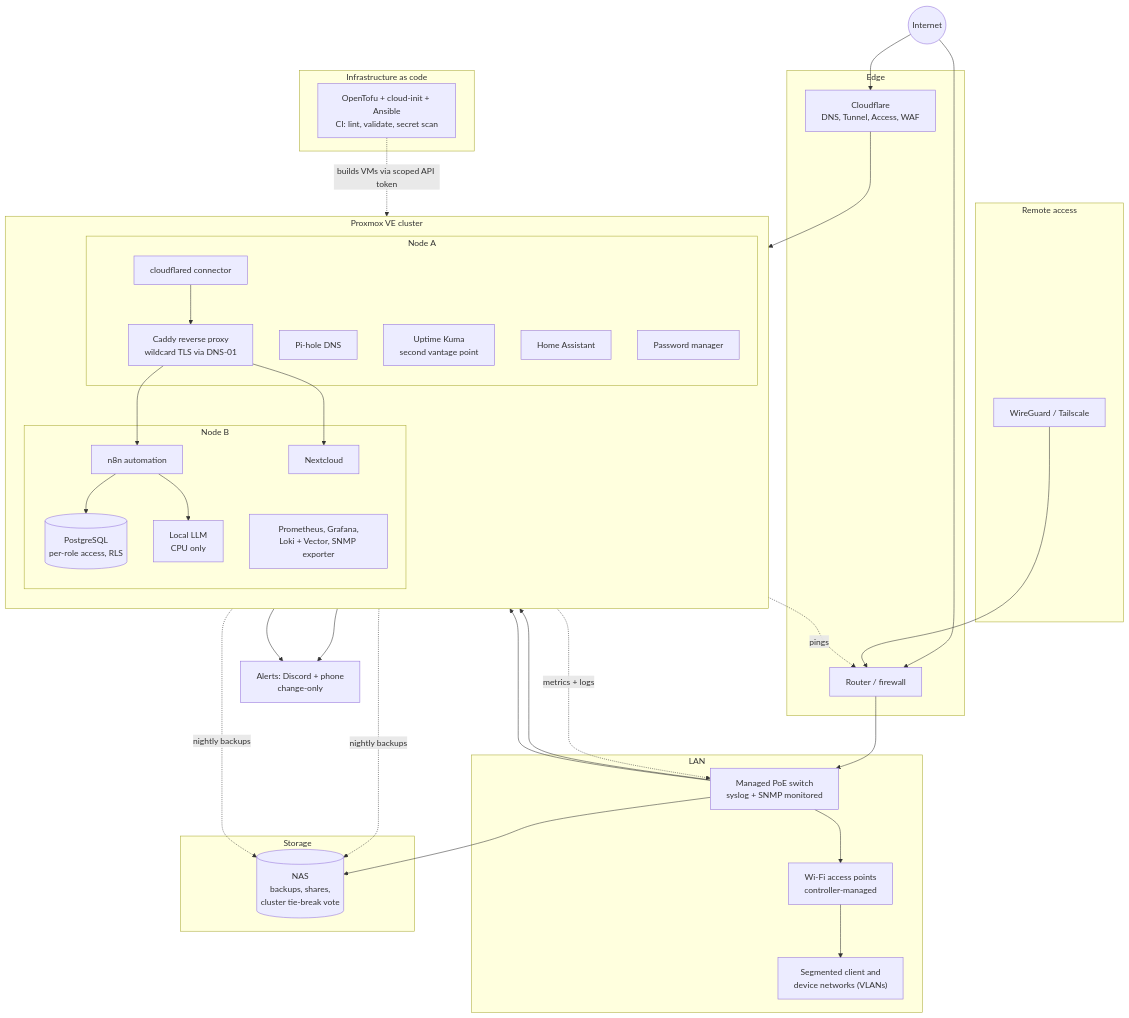
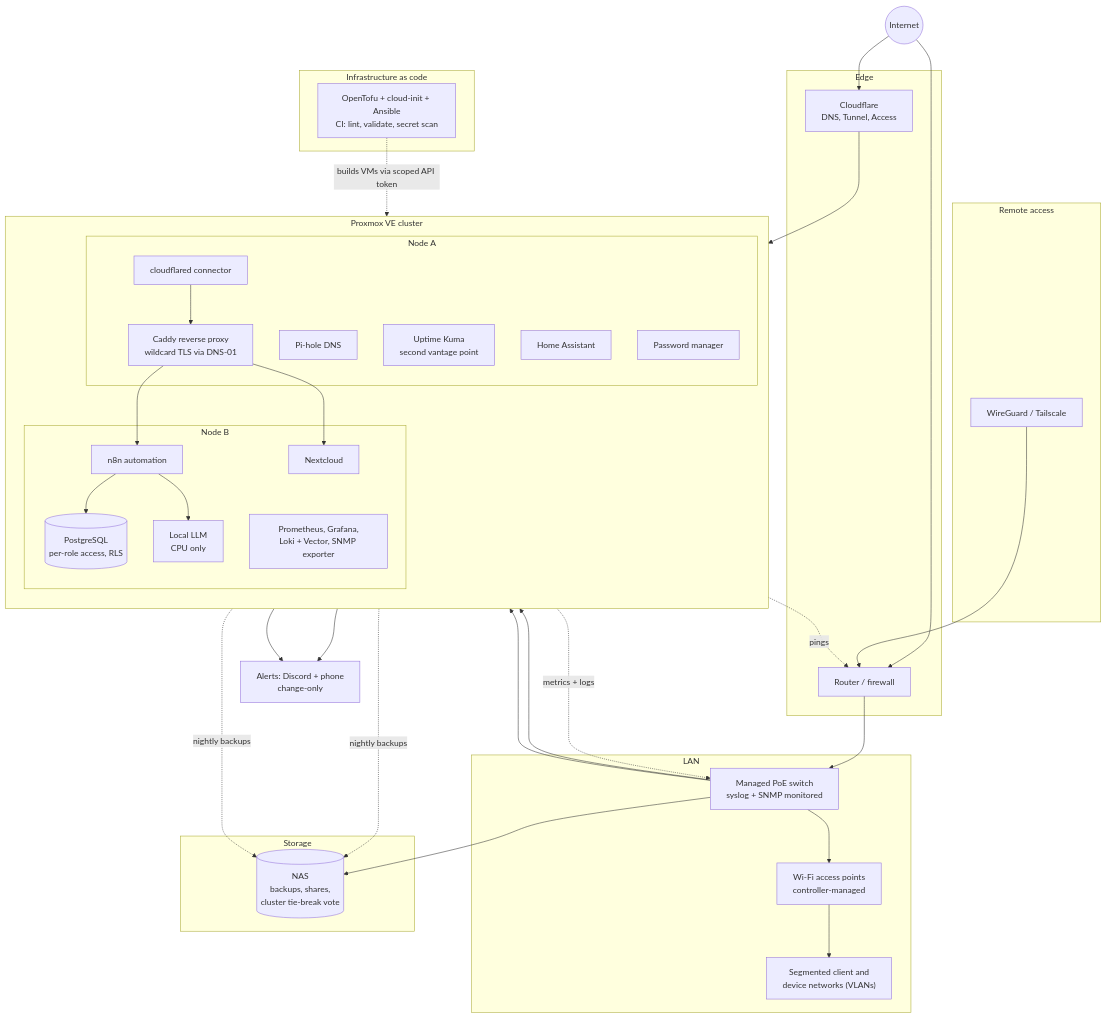
Before and after one commit to ConvictSarge/Projects: the diagram in homelab-architecture/README.md, drawn with Mermaid. The commit also changed other lines of this file, not shown here.

Commit message:
Architecture page: describe edge, platform and remote access accurately

````diff
--- a/homelab-architecture/README.md
+++ b/homelab-architecture/README.md
@@ -5,68 +5,68 @@
 ```mermaid
 flowchart TB
     internet((Internet))
 
     subgraph edge["Edge"]
-        cf["Cloudflare<br/>DNS, Tunnel, Access, WAF"]
+        cf["Cloudflare<br/>DNS, Tunnel, Access"]
         router["Router / firewall"]
     end
 
     subgraph lan["LAN"]
         switch["Managed PoE switch<br/>syslog + SNMP monitored"]
         aps["Wi-Fi access points<br/>controller-managed"]
         segs["Segmented client and<br/>device networks (VLANs)"]
     end
 
     subgraph cluster["Proxmox VE cluster"]
         direction TB
         subgraph nodeA["Node A"]
             dns["Pi-hole DNS"]
             proxy["Caddy reverse proxy<br/>wildcard TLS via DNS-01"]
             tunnel["cloudflared connector"]
             kuma["Uptime Kuma<br/>second vantage point"]
             ha["Home Assistant"]
             vault1["Password manager"]
         end
         subgraph nodeB["Node B"]
             n8n["n8n automation"]
             pg[("PostgreSQL<br/>per-role access, RLS")]
             llm["Local LLM<br/>CPU only"]
             obs["Prometheus, Grafana,<br/>Loki + Vector, SNMP exporter"]
             files["Nextcloud"]
         end
     end
 
     subgraph storage["Storage"]
         nas[("NAS<br/>backups, shares,<br/>cluster tie-break vote")]
     end
 
     subgraph remote["Remote access"]
         vpn["WireGuard / Tailscale"]
     end
 
     subgraph code["Infrastructure as code"]
         iac["OpenTofu + cloud-init + Ansible<br/>CI: lint, validate, secret scan"]
     end
 
     alerts["Alerts: Discord + phone<br/>change-only"]
 
     internet --> cf --> tunnel
     internet --> router --> switch
     switch --> aps --> segs
     switch --> nodeA
     switch --> nodeB
     switch --> nas
     tunnel --> proxy
     proxy --> n8n
     proxy --> files
     n8n --> pg
     n8n --> llm
     nodeA -. nightly backups .-> nas
     nodeB -. nightly backups .-> nas
     obs -. metrics + logs .-> switch
     kuma -. pings .-> router
     obs --> alerts
     kuma --> alerts
     vpn --> router
     iac -. builds VMs via scoped API token .-> cluster
 ```
````
